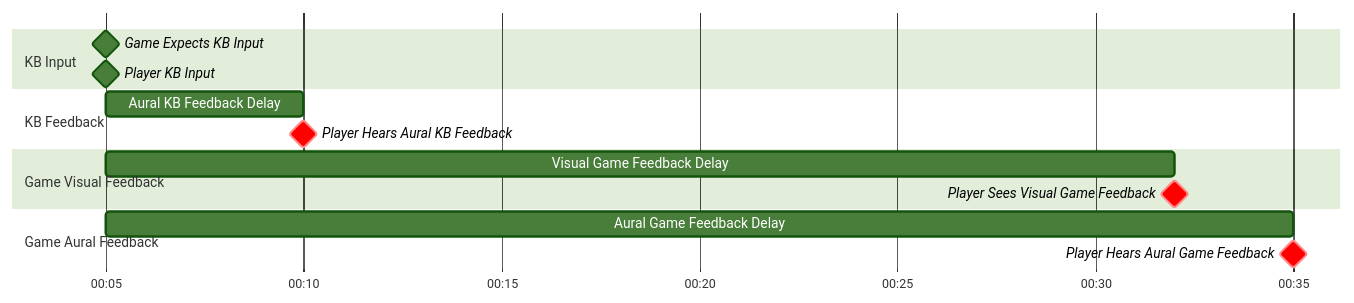
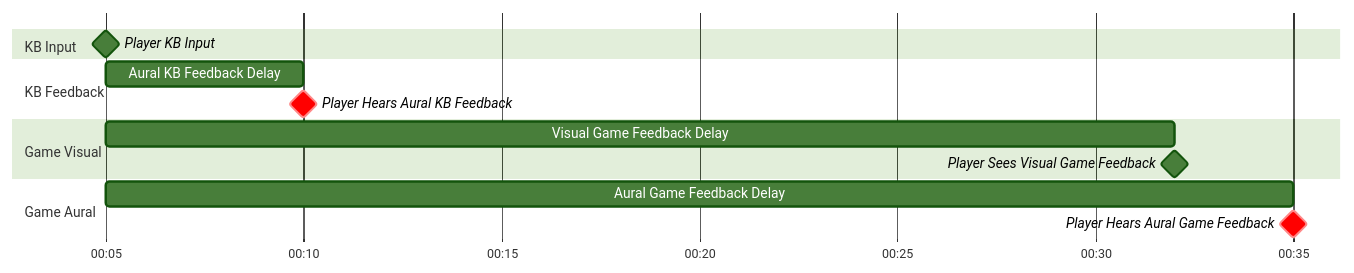
One commit to Eve-ning/Eve-ning.github.io changed the fifth of 14 diagrams in _posts/2024-08-26-hitsounds.md. Above: the diagram before and after it, drawn with Mermaid (forest theme). The commit also changed other lines of this file, not shown here.

````diff
--- a/_posts/2024-08-26-hitsounds.md
+++ b/_posts/2024-08-26-hitsounds.md
@@ -112,20 +194,19 @@
 ```mermaid
 gantt
   dateFormat mm:ss
   axisFormat %M:%S
   section KB Input
-    Game Expects KB Input: milestone, 00:05,
     Player KB Input: milestone, 00:05,
 
   section KB Feedback
     Aural KB Feedback Delay: 00:05, 00:10
     Player Hears Aural KB Feedback: crit, milestone, 00:10,
 
-  section Game Visual Feedback
+  section Game Visual
     Visual Game Feedback Delay: 00:05, 00:32
-    Player Sees Visual Game Feedback: crit, milestone, 00:32,
+    Player Sees Visual Game Feedback: milestone, 00:32,
 
-  section Game Aural Feedback
+  section Game Aural
     Aural Game Feedback Delay: 00:05, 00:35
     Player Hears Aural Game Feedback: crit, milestone, 00:35,
 ```
````
